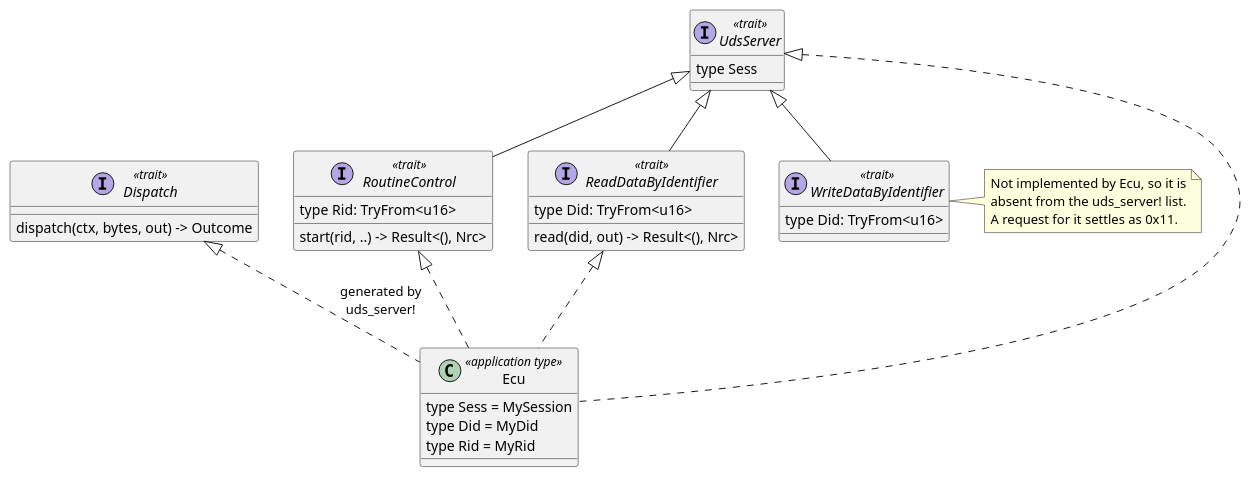
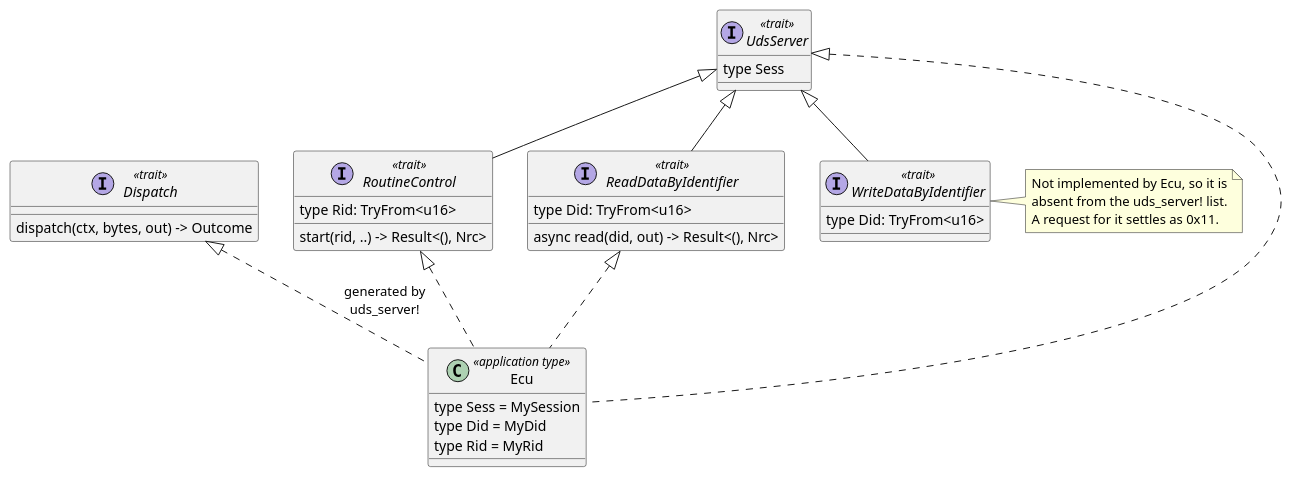
The first of 4 diagrams in crates/uds_services/docs/architecture/service-traits.rst (luminartech/uds_stack), drawn with PlantUML before and after one commit. The commit also changed other lines of this file and 4 other files, not shown here.

```diff
--- a/crates/uds_services/docs/architecture/service-traits.rst
+++ b/crates/uds_services/docs/architecture/service-traits.rst
@@ -7,45 +7,45 @@
 .. uml::
    :align: center
    :caption: A server supporting two services. Dashed edges are ``impl`` blocks the
              application writes; the dispatch impl is generated.
 
    @startuml
    interface "UdsServer" as US <<trait>> {
      type Sess
    }
    interface "ReadDataByIdentifier" as RDBI <<trait>> {
      type Did: TryFrom<u16>
-     read(did, out) -> Result<(), Nrc>
+     async read(did, out) -> Result<(), Nrc>
    }
    interface "RoutineControl" as RC <<trait>> {
      type Rid: TryFrom<u16>
      start(rid, ..) -> Result<(), Nrc>
    }
    interface "WriteDataByIdentifier" as WDBI <<trait>> {
      type Did: TryFrom<u16>
    }
    interface "Dispatch" as DISP <<trait>> {
      dispatch(ctx, bytes, out) -> Outcome
    }
 
    class "Ecu" as ECU <<application type>> {
      type Sess = MySession
      type Did = MyDid
      type Rid = MyRid
    }
 
    RDBI -up-|> US
    RC -up-|> US
    WDBI -up-|> US
 
    ECU .up.|> US
    ECU .up.|> RDBI
    ECU .up.|> RC
    ECU .up.|> DISP : generated by\nuds_server!
 
    note right of WDBI
      Not implemented by Ecu, so it is
      absent from the uds_server! list.
      A request for it settles as 0x11.
    end note
    @enduml
```
